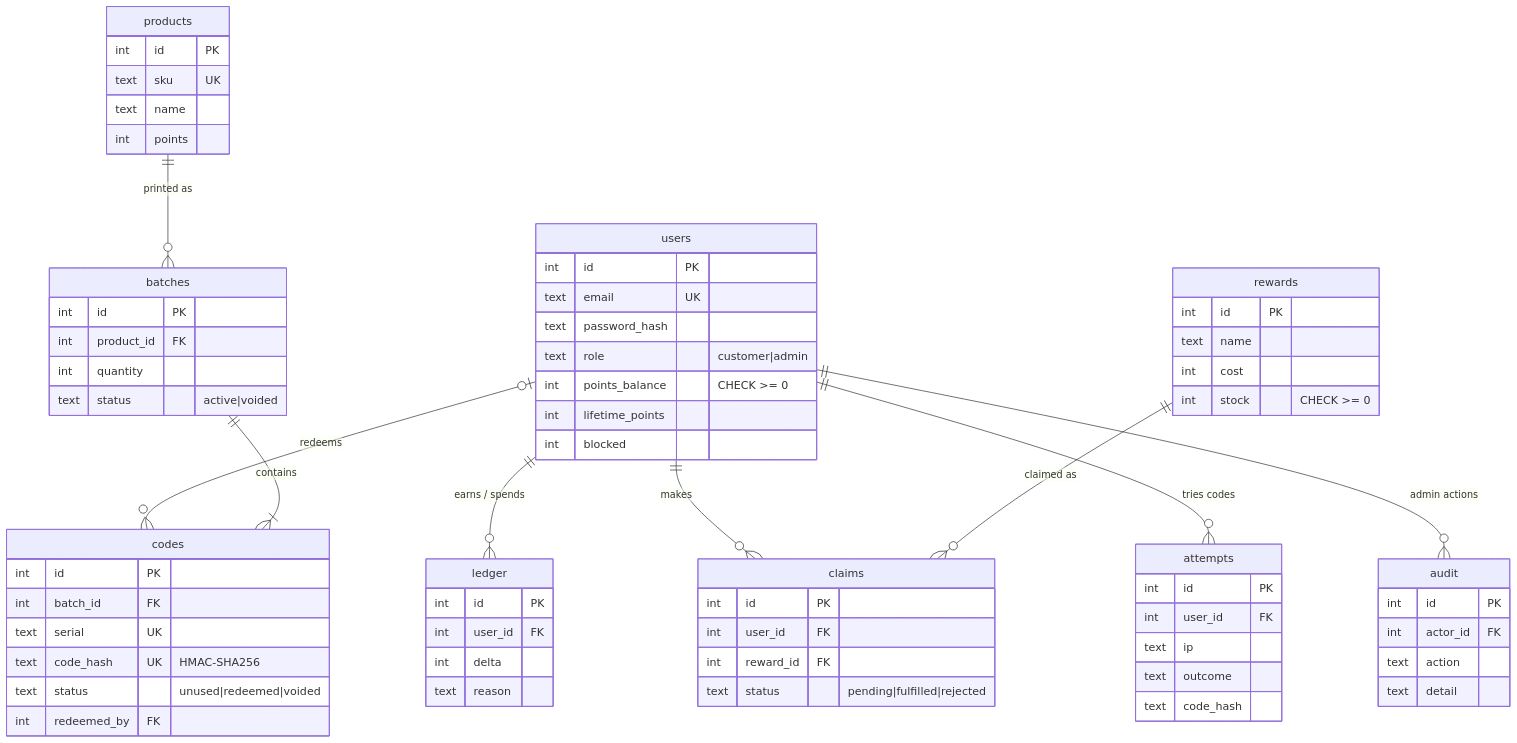
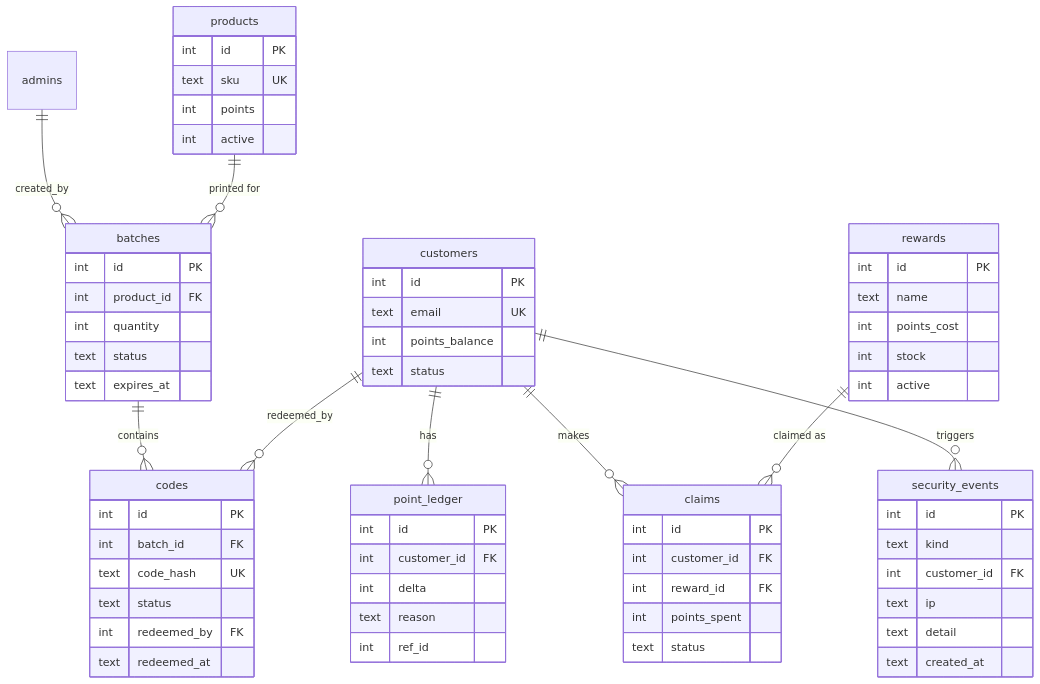
Before and after one commit to patelvrushang9348-dotcom/customers-loyalty-rewards-system: the third of 3 diagrams in ARCHITECTURE.md, drawn with Mermaid. The commit also changed other lines of this file and 4 other files, not shown here.

Commit message:
docs: architecture with diagrams, testing, AI log; add Dockerfile

````diff
--- a/ARCHITECTURE.md
+++ b/ARCHITECTURE.md
@@ -70,54 +64,20 @@
 ```mermaid
 erDiagram
-  users ||--o{ ledger : "earns / spends"
-  users ||--o{ claims : makes
-  users ||--o{ attempts : "tries codes"
-  users |o--o{ codes : redeems
-  products ||--o{ batches : "printed as"
-  batches ||--|{ codes : contains
-  rewards ||--o{ claims : "claimed as"
-  users ||--o{ audit : "admin actions"
+    admins ||--o{ batches : created_by
+    products ||--o{ batches : "printed for"
+    batches ||--o{ codes : contains
+    customers ||--o{ codes : redeemed_by
+    customers ||--o{ point_ledger : has
+    customers ||--o{ claims : makes
+    rewards ||--o{ claims : "claimed as"
+    customers ||--o{ security_events : "triggers"
 
-  users { int id PK
-    text email UK
-    text password_hash
-    text role "customer|admin"
-    int points_balance "CHECK >= 0"
-    int lifetime_points
-    int blocked }
-  products { int id PK
-    text sku UK
-    text name
-    int points }
-  batches { int id PK
-    int product_id FK
-    int quantity
-    text status "active|voided" }
-  codes { int id PK
-    int batch_id FK
-    text serial UK
-    text code_hash UK "HMAC-SHA256"
-    text status "unused|redeemed|voided"
-    int redeemed_by FK }
-  ledger { int id PK
-    int user_id FK
-    int delta
-    text reason }
-  rewards { int id PK
-    text name
-    int cost
-    int stock "CHECK >= 0" }
-  claims { int id PK
-    int user_id FK
-    int reward_id FK
-    text status "pending|fulfilled|rejected" }
-  attempts { int id PK
-    int user_id FK
-    text ip
-    text outcome
-    text code_hash }
-  audit { int id PK
-    int actor_id FK
-    text action
-    text detail }
+    customers { int id PK  text email UK  int points_balance  text status }
+    products  { int id PK  text sku UK  int points  int active }
+    batches   { int id PK  int product_id FK  int quantity  text status  text expires_at }
+    codes     { int id PK  int batch_id FK  text code_hash UK  text status  int redeemed_by FK  text redeemed_at }
+    point_ledger { int id PK  int customer_id FK  int delta  text reason  int ref_id }
+    rewards   { int id PK  text name  int points_cost  int stock  int active }
+    claims    { int id PK  int customer_id FK  int reward_id FK  int points_spent  text status }
+    security_events { int id PK  text kind  int customer_id FK  text ip  text detail  text created_at }
 ```
````
